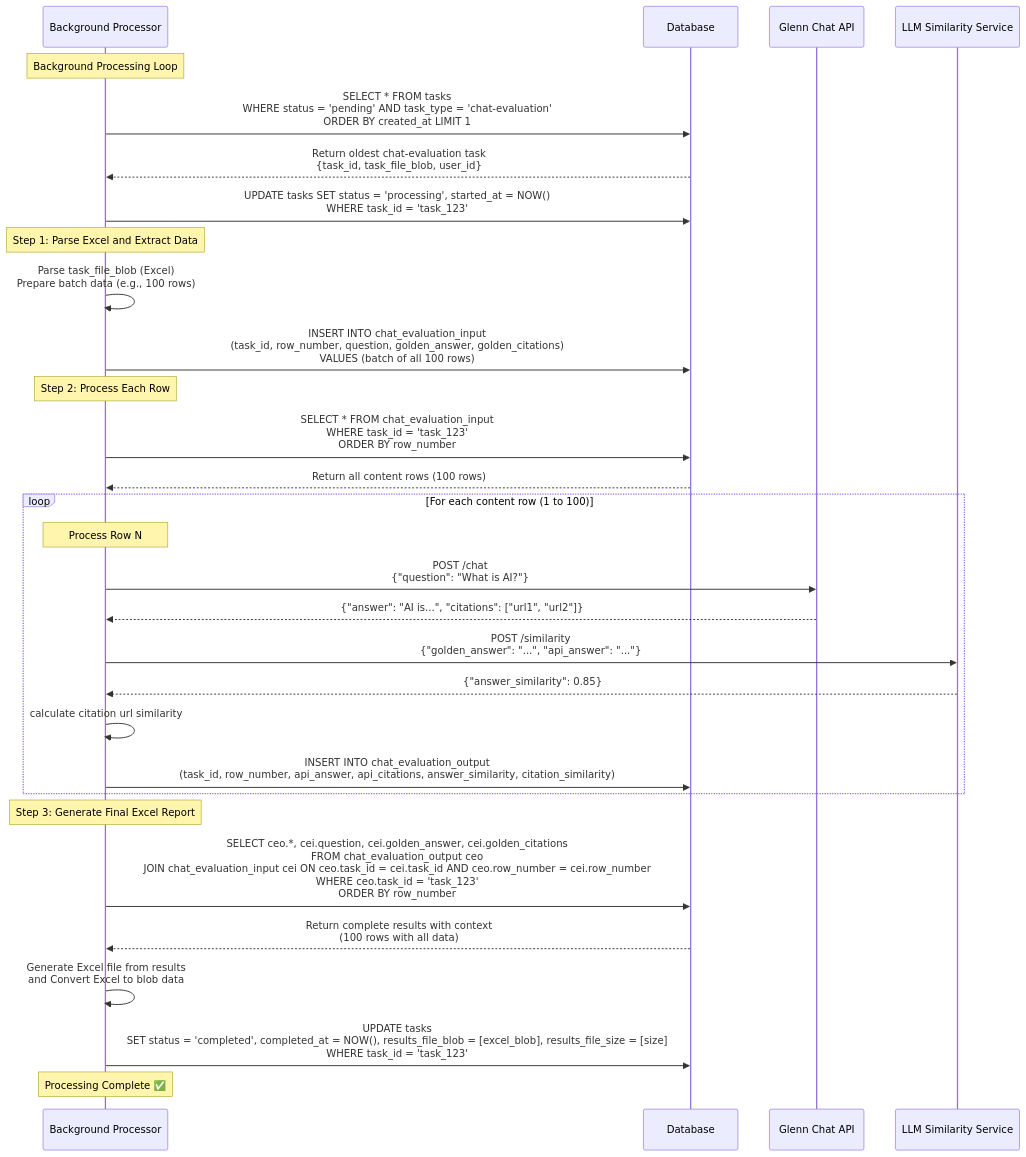
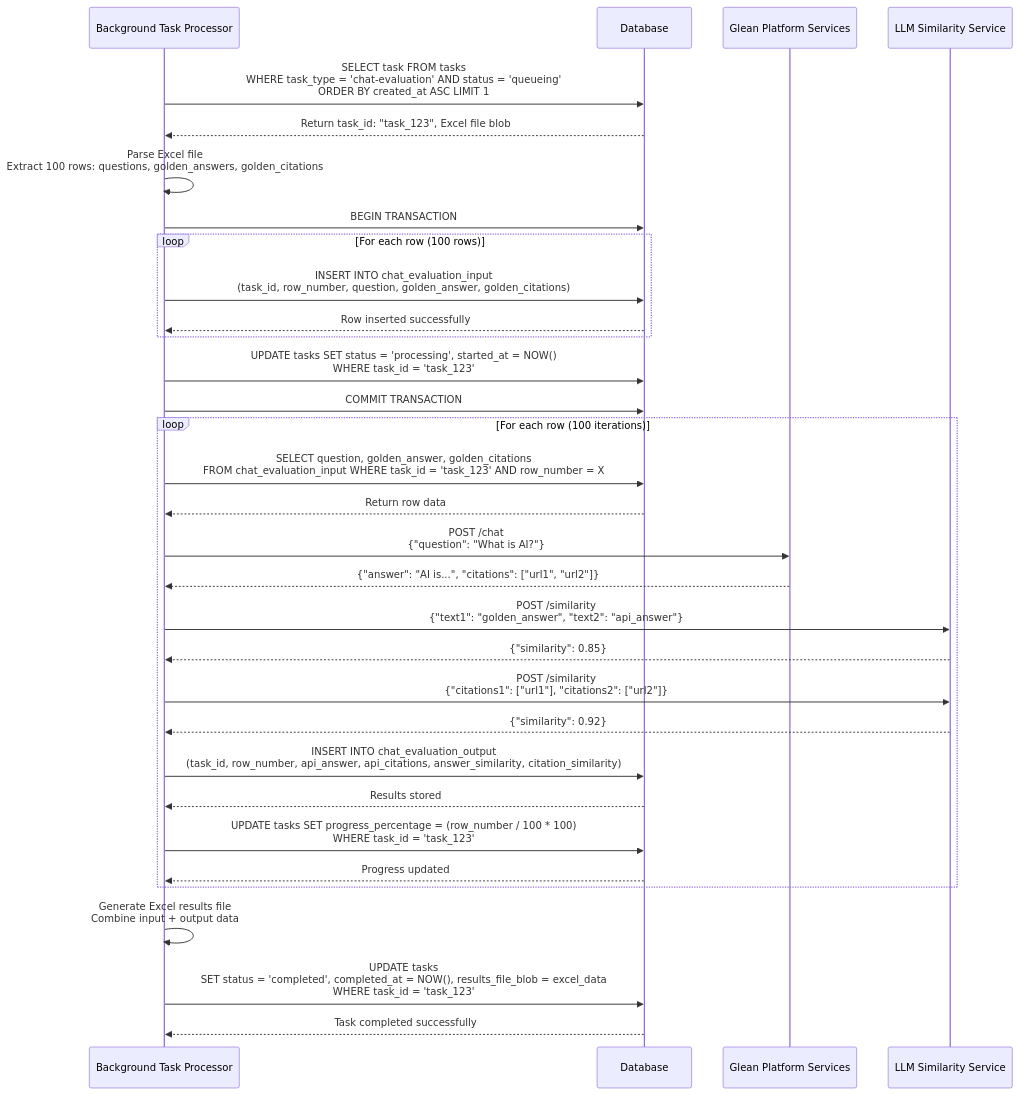
The first of 2 diagrams in docs/sequence-diagram-chat-evaluation.md (andrewhzy/cursor-learn), drawn with Mermaid before and after one commit. The commit also changed other lines of this file and 5 other files, not shown here.

````diff
--- a/docs/sequence-diagram-chat-evaluation.md
+++ b/docs/sequence-diagram-chat-evaluation.md
@@ -6,50 +6,46 @@
 ```mermaid
 sequenceDiagram
-    participant BG as Background Processor
+    participant BG as Background Task Processor
     participant DB as Database
-    participant Glenn as Glenn Chat API
+    participant Glean as Glean Platform Services
     participant LLM as LLM Similarity Service
     
-    Note over BG: Background Processing Loop
+    BG->>DB: SELECT task FROM tasks<br/>WHERE task_type = 'chat-evaluation' AND status = 'queueing'<br/>ORDER BY created_at ASC LIMIT 1
+    DB-->>BG: Return task_id: "task_123", Excel file blob
     
-    BG->>DB: SELECT * FROM tasks<br/>WHERE status = 'pending' AND task_type = 'chat-evaluation'<br/>ORDER BY created_at LIMIT 1
-    DB-->>BG: Return oldest chat-evaluation task<br/>{task_id, task_file_blob, user_id}
+    BG->>BG: Parse Excel file<br/>Extract 100 rows: questions, golden_answers, golden_citations
+    
+    BG->>DB: BEGIN TRANSACTION
+    
+    loop For each row (100 rows)
+        BG->>DB: INSERT INTO chat_evaluation_input<br/>(task_id, row_number, question, golden_answer, golden_citations)
+        DB-->>BG: Row inserted successfully
+    end
     
     BG->>DB: UPDATE tasks SET status = 'processing', started_at = NOW()<br/>WHERE task_id = 'task_123'
+    BG->>DB: COMMIT TRANSACTION
     
-    Note over BG: Step 1: Parse Excel and Extract Data
-    
-    BG->>BG: Parse task_file_blob (Excel) <br/>Prepare batch data (e.g., 100 rows)
-    
-    BG->>DB: INSERT INTO chat_evaluation_input<br/>(task_id, row_number, question, golden_answer, golden_citations)<br/>VALUES (batch of all 100 rows)
-    
-    Note over BG: Step 2: Process Each Row
-    
-    BG->>DB: SELECT * FROM chat_evaluation_input<br/>WHERE task_id = 'task_123'<br/>ORDER BY row_number
-    DB-->>BG: Return all content rows (100 rows)
-    
-    loop For each content row (1 to 100)
-        Note over BG: Process Row N
+    loop For each row (100 iterations)
+        BG->>DB: SELECT question, golden_answer, golden_citations<br/>FROM chat_evaluation_input WHERE task_id = 'task_123' AND row_number = X
+        DB-->>BG: Return row data
         
-        BG->>Glenn: POST /chat<br/>{"question": "What is AI?"}
-        Glenn-->>BG: {"answer": "AI is...", "citations": ["url1", "url2"]}
+        BG->>Glean: POST /chat<br/>{"question": "What is AI?"}
+        Glean-->>BG: {"answer": "AI is...", "citations": ["url1", "url2"]}
         
-        BG->>LLM: POST /similarity<br/>{"golden_answer": "...", "api_answer": "..."}
-        LLM-->>BG: {"answer_similarity": 0.85}
-
-        BG->>BG: calculate citation url similarity
+        BG->>LLM: POST /similarity<br/>{"text1": "golden_answer", "text2": "api_answer"}
+        LLM-->>BG: {"similarity": 0.85}
+        
+        BG->>LLM: POST /similarity<br/>{"citations1": ["url1"], "citations2": ["url2"]}
+        LLM-->>BG: {"similarity": 0.92}
         
         BG->>DB: INSERT INTO chat_evaluation_output<br/>(task_id, row_number, api_answer, api_citations, answer_similarity, citation_similarity)
+        DB-->>BG: Results stored
+        
+        BG->>DB: UPDATE tasks SET progress_percentage = (row_number / 100 * 100)<br/>WHERE task_id = 'task_123'
+        DB-->>BG: Progress updated
     end
     
-    Note over BG: Step 3: Generate Final Excel Report
-    
-    BG->>DB: SELECT ceo.*, cei.question, cei.golden_answer, cei.golden_citations<br/>FROM chat_evaluation_output ceo<br/>JOIN chat_evaluation_input cei ON ceo.task_id = cei.task_id AND ceo.row_number = cei.row_number<br/>WHERE ceo.task_id = 'task_123'<br/>ORDER BY row_number
-    DB-->>BG: Return complete results with context<br/>(100 rows with all data)
-    
-    BG->>BG: Generate Excel file from results<br/> and Convert Excel to blob data
-    
-    BG->>DB: UPDATE tasks<br/>SET status = 'completed', completed_at = NOW(), results_file_blob = [excel_blob], results_file_size = [size]<br/>WHERE task_id = 'task_123'
-    
-    Note over BG: Processing Complete ✅
+    BG->>BG: Generate Excel results file<br/>Combine input + output data
+    BG->>DB: UPDATE tasks<br/>SET status = 'completed', completed_at = NOW(), results_file_blob = excel_data<br/>WHERE task_id = 'task_123'
+    DB-->>BG: Task completed successfully
 ```
````
